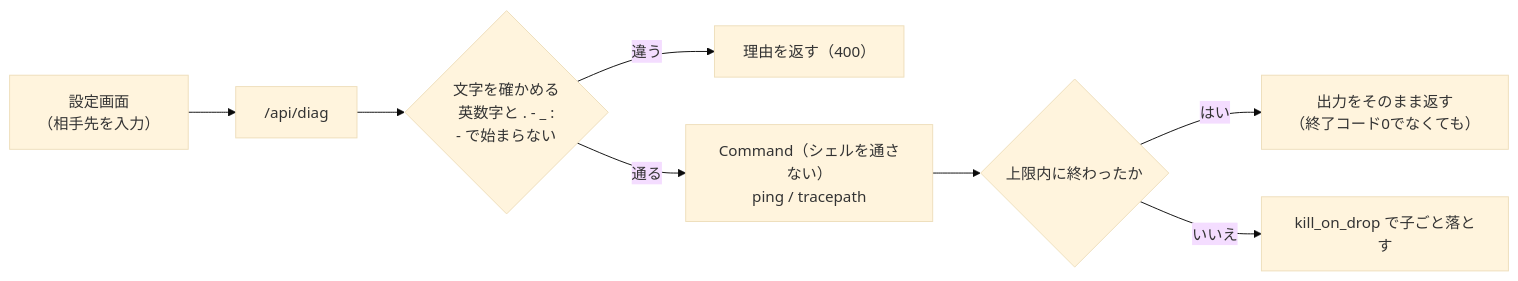
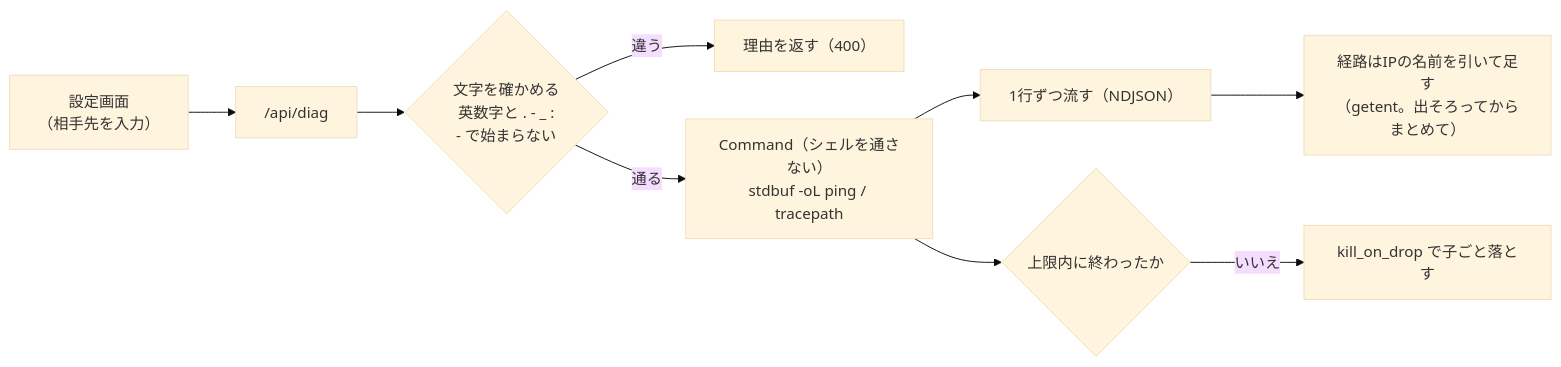
Before and after one commit to rtcode337/pihole-monitor: the sixth of 6 diagrams in docs/architecture.md, drawn with Mermaid (base theme). The commit also changed other lines of this file and 9 other files, not shown here.

````diff
--- a/docs/architecture.md
+++ b/docs/architecture.md
@@ -225,10 +226,11 @@
 ```mermaid
 flowchart LR
     S["設定画面<br/>（相手先を入力）"] --> D["/api/diag"]
     D --> V{"文字を確かめる<br/>英数字と . - _ :<br/>- で始まらない"}
     V -->|違う| NG["理由を返す（400）"]
-    V -->|通る| C["Command（シェルを通さない）<br/>ping / tracepath"]
+    V -->|通る| C["Command（シェルを通さない）<br/>stdbuf -oL ping / tracepath"]
+    C --> L["1行ずつ流す（NDJSON）"]
+    L --> N["経路はIPの名前を引いて足す<br/>（getent。出そろってからまとめて）"]
     C --> T{"上限内に終わったか"}
-    T -->|はい| OUT["出力をそのまま返す<br/>（終了コード0でなくても）"]
     T -->|いいえ| K["kill_on_drop で子ごと落とす"]
 ```
````
